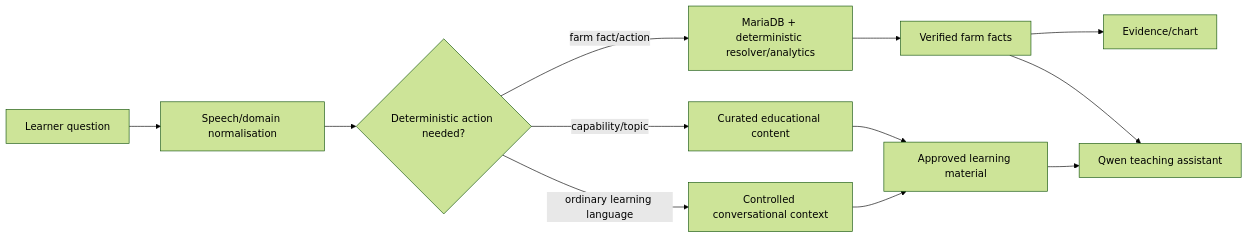
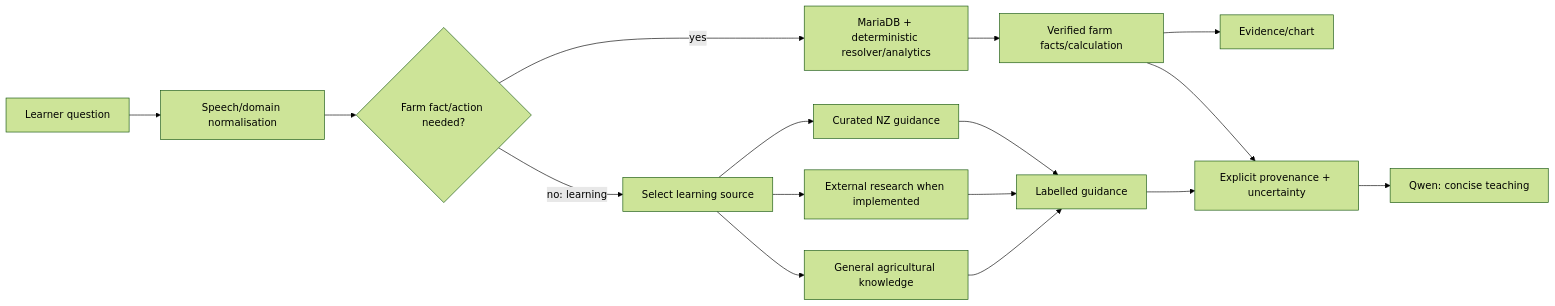
One commit to w0rmy/farmpi changed the diagram in docs/diagrams/grounding-pipeline.mmd. Above: the diagram before and after it, drawn with Mermaid (forest theme). The commit also changed 22 other files, not shown here.

```diff
--- a/docs/diagrams/grounding-pipeline.mmd
+++ b/docs/diagrams/grounding-pipeline.mmd
@@ -1,12 +1,16 @@
 flowchart LR
   T[Learner question] --> S[Speech/domain normalisation]
-  S --> R{Deterministic action needed?}
-  R -->|farm fact/action| M[MariaDB + deterministic resolver/analytics]
-  R -->|capability/topic| K[Curated educational content]
-  R -->|ordinary learning language| C[Controlled conversational context]
-  M --> F[Verified farm facts]
-  K --> G[Approved learning material]
-  C --> G
+  S --> R{Farm fact/action needed?}
+  R -->|yes| M[MariaDB + deterministic resolver/analytics]
+  R -->|no: learning| K[Select learning source]
+  K --> C[Curated NZ guidance]
+  K --> X[External research when implemented]
+  K --> H[General agricultural knowledge]
+  M --> F[Verified farm facts/calculation]
+  C --> G[Labelled guidance]
+  X --> G
+  H --> G
   F --> E[Evidence/chart]
-  F --> L[Qwen teaching assistant]
-  G --> L
+  F --> P[Explicit provenance + uncertainty]
+  G --> P
+  P --> L[Qwen: concise teaching]
```
